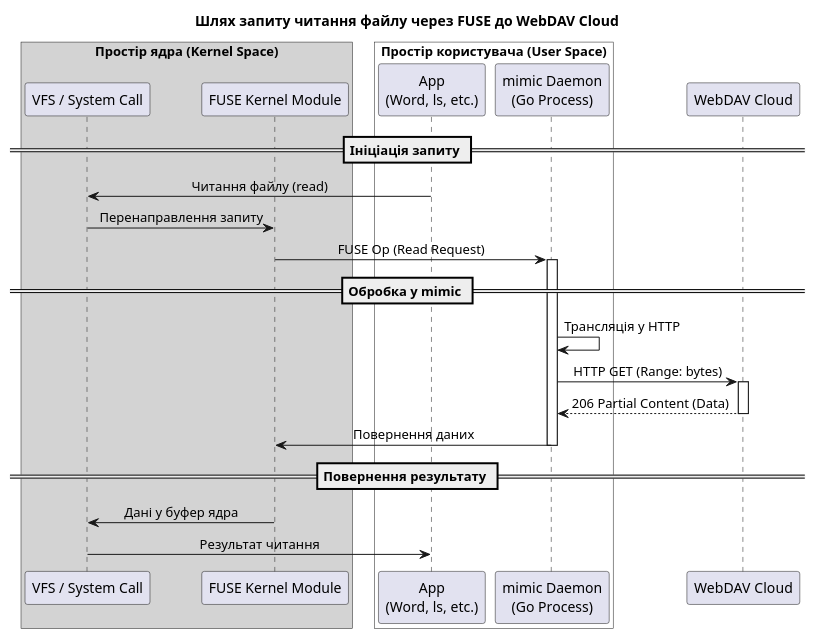
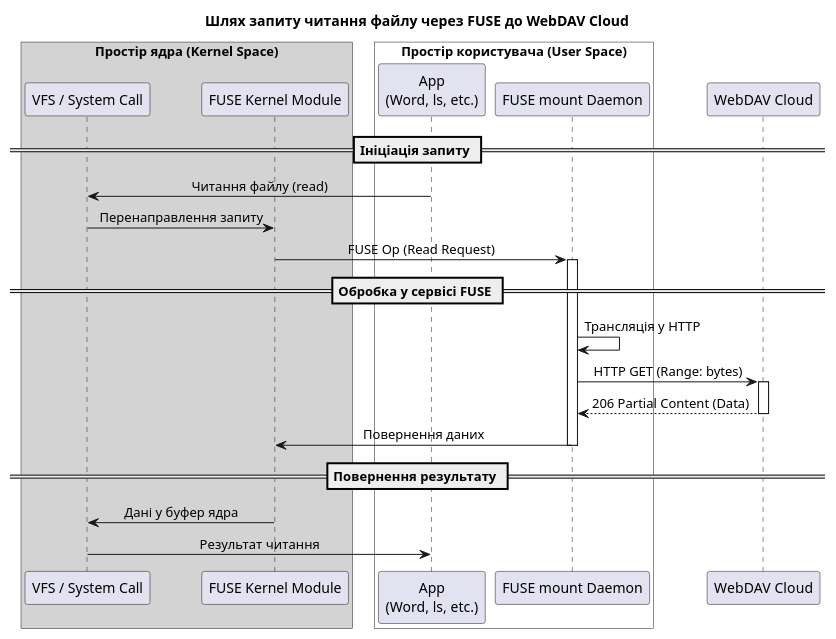
The diagram in docs/diagrams/request_path.puml (yur4uwe/mimic), drawn with PlantUML before and after one commit. The commit also changed 6 other files, not shown here.

```diff
--- a/docs/diagrams/request_path.puml
+++ b/docs/diagrams/request_path.puml
@@ -1,37 +1,37 @@
 @startuml FUSE_Request_Path
 title Шлях запиту читання файлу через FUSE до WebDAV Cloud
 skinparam sequenceMessageAlign center
 skinparam boxPadding 10
 
 box "Простір ядра (Kernel Space)" #LightGray
     participant "VFS / System Call" as VFS
     participant "FUSE Kernel Module" as FUSE
 end box
 
 box "Простір користувача (User Space)" #White
     participant "App\n(Word, ls, etc.)" as App
-    participant "mimic Daemon\n(Go Process)" as Mimic
+    participant "FUSE mount Daemon" as Fmount
 end box
 
 participant "WebDAV Cloud" as Cloud
 
 == Ініціація запиту ==
 App -> VFS: Читання файлу (read)
 VFS -> FUSE: Перенаправлення запиту
-FUSE -> Mimic: FUSE Op (Read Request)
+FUSE -> Fmount: FUSE Op (Read Request)
 
-== Обробка у mimic ==
-activate Mimic
-Mimic -> Mimic: Трансляція у HTTP
-Mimic -> Cloud: HTTP GET (Range: bytes)
+== Обробка у сервісі FUSE ==
+activate Fmount
+Fmount -> Fmount: Трансляція у HTTP
+Fmount -> Cloud: HTTP GET (Range: bytes)
 activate Cloud
-Cloud --> Mimic: 206 Partial Content (Data)
+Cloud --> Fmount: 206 Partial Content (Data)
 deactivate Cloud
-Mimic -> FUSE: Повернення даних
-deactivate Mimic
+Fmount -> FUSE: Повернення даних
+deactivate Fmount
 
 == Повернення результату ==
 FUSE -> VFS: Дані у буфер ядра
 VFS -> App: Результат читання
 
 @enduml
```
